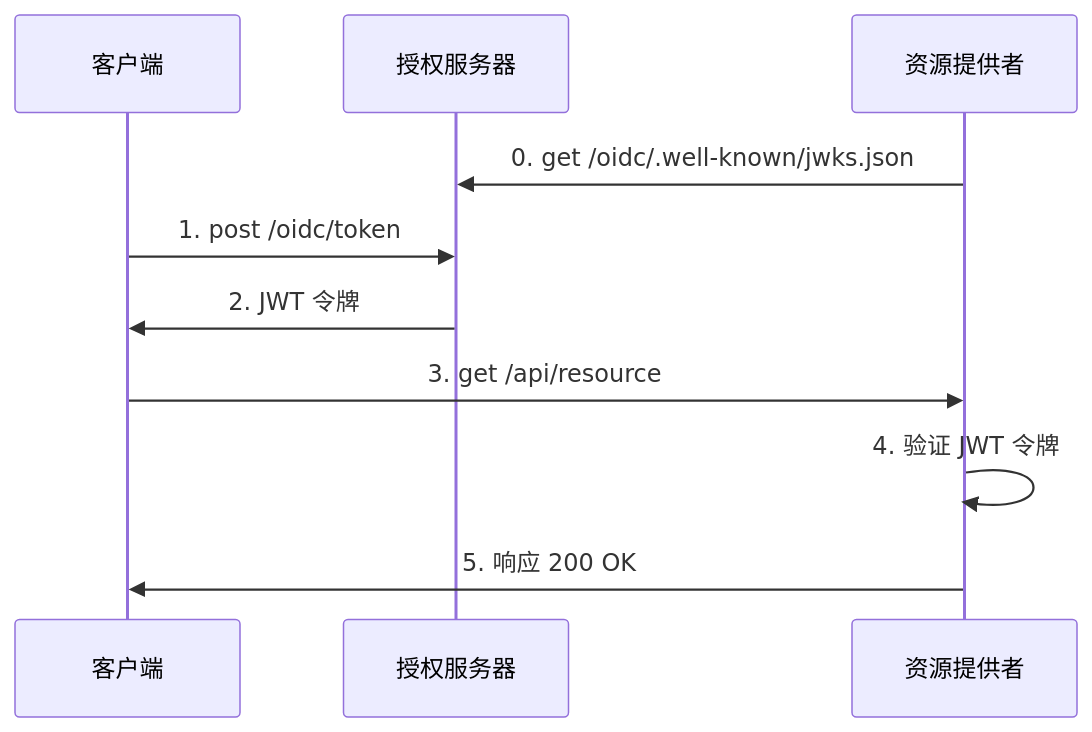
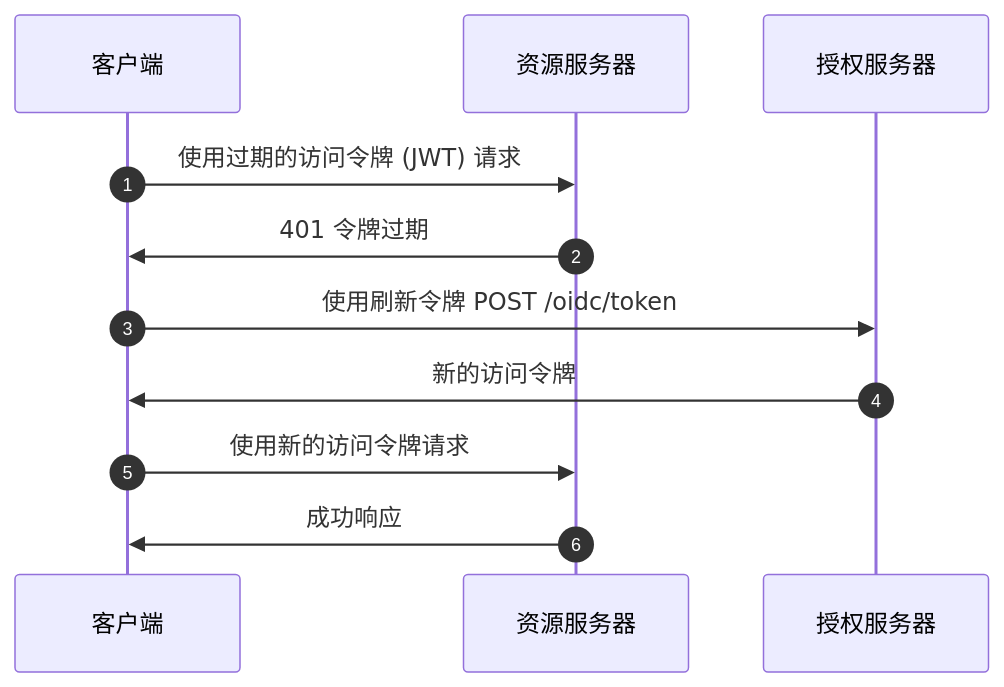
Before and after one commit to logto-io/auth-wiki: the fifth of 5 diagrams in src/content/terms/zh/opaque-token.mdx, drawn with Mermaid. The commit also changed other lines of this file and 95 other files, not shown here.

````diff
--- a/src/content/terms/zh/opaque-token.mdx
+++ b/src/content/terms/zh/opaque-token.mdx
@@ -73,16 +123,14 @@
 ```mermaid
+sequenceDiagram
+    participant Client as 客户端
+    participant RS as 资源服务器
+    participant AS as 授权服务器
+    autonumber
 
-sequenceDiagram
-    participant C as 客户端
-    participant AS as 授权服务器
-    participant RP as 资源提供者
-
-    RP ->> AS: 0. get /oidc/.well-known/jwks.json
-
-    C ->> AS: 1. post /oidc/token
-    AS ->> C: 2. JWT 令牌
-    C ->> RP: 3. get /api/resource
-    RP ->> RP: 4. 验证 JWT 令牌
-    RP ->> C: 5. 响应 200 OK
-
+    Client->>RS: 使用过期的访问令牌 (JWT) 请求
+    RS->>Client: 401 令牌过期
+    Client->>AS: 使用刷新令牌 POST /oidc/token
+    AS->>Client: 新的访问令牌
+    Client->>RS: 使用新的访问令牌请求
+    RS->>Client: 成功响应
 ```
````
